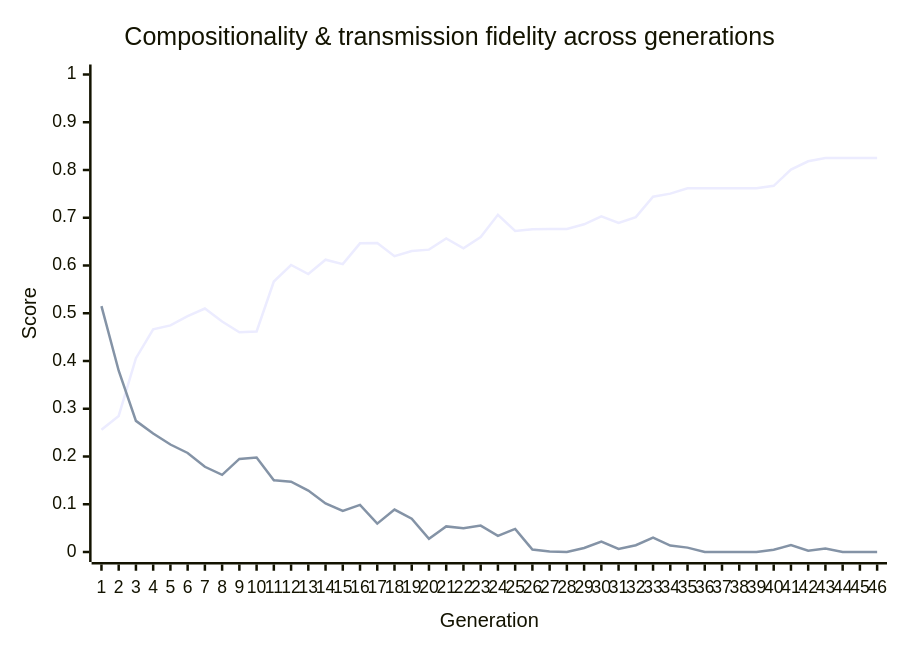
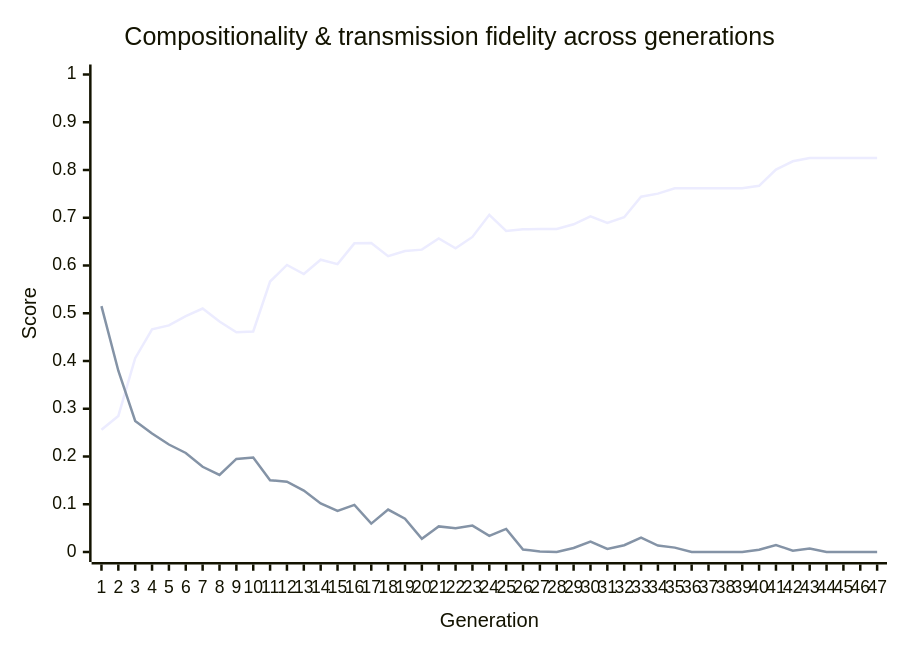
One commit to nichobbs/traditio changed the diagram in metrics/latest-report.md. Above: the diagram before and after it, drawn with Mermaid. The commit also changed other lines of this file and 1 other file, not shown here.

````diff
--- a/metrics/latest-report.md
+++ b/metrics/latest-report.md
@@ -40,8 +40,8 @@
 ```mermaid
 xychart-beta
     title "Compositionality & transmission fidelity across generations"
-    x-axis "Generation" [1, 2, 3, 4, 5, 6, 7, 8, 9, 10, 11, 12, 13, 14, 15, 16, 17, 18, 19, 20, 21, 22, 23, 24, 25, 26, 27, 28, 29, 30, 31, 32, 33, 34, 35, 36, 37, 38, 39, 40, 41, 42, 43, 44, 45, 46]
+    x-axis "Generation" [1, 2, 3, 4, 5, 6, 7, 8, 9, 10, 11, 12, 13, 14, 15, 16, 17, 18, 19, 20, 21, 22, 23, 24, 25, 26, 27, 28, 29, 30, 31, 32, 33, 34, 35, 36, 37, 38, 39, 40, 41, 42, 43, 44, 45, 46, 47]
     y-axis "Score" 0 --> 1
-    line "Compositionality" [0.2559, 0.2849, 0.4060, 0.4663, 0.4745, 0.4941, 0.5099, 0.4826, 0.4603, 0.4619, 0.5665, 0.6011, 0.5822, 0.6121, 0.6029, 0.6464, 0.6473, 0.6195, 0.6304, 0.6332, 0.6566, 0.6361, 0.6598, 0.7061, 0.6725, 0.6757, 0.6767, 0.6767, 0.6863, 0.7028, 0.6890, 0.7012, 0.7442, 0.7505, 0.7619, 0.7619, 0.7619, 0.7619, 0.7619, 0.7669, 0.8009, 0.8183, 0.8250, 0.8250, 0.8250, 0.8250]
-    line "Transmission Fidelity" [0.5148, 0.3796, 0.2746, 0.2481, 0.2251, 0.2074, 0.1785, 0.1615, 0.1949, 0.1977, 0.1504, 0.1472, 0.1286, 0.1016, 0.0861, 0.0987, 0.0594, 0.0888, 0.0697, 0.0276, 0.0536, 0.0500, 0.0553, 0.0339, 0.0483, 0.0051, 0.0012, 0.0000, 0.0083, 0.0219, 0.0066, 0.0142, 0.0301, 0.0134, 0.0092, 0.0000, 0.0000, 0.0000, 0.0000, 0.0047, 0.0146, 0.0028, 0.0071, 0.0000, 0.0000, 0.0000]
+    line "Compositionality" [0.2559, 0.2849, 0.4060, 0.4663, 0.4745, 0.4941, 0.5099, 0.4826, 0.4603, 0.4619, 0.5665, 0.6011, 0.5822, 0.6121, 0.6029, 0.6464, 0.6473, 0.6195, 0.6304, 0.6332, 0.6566, 0.6361, 0.6598, 0.7061, 0.6725, 0.6757, 0.6767, 0.6767, 0.6863, 0.7028, 0.6890, 0.7012, 0.7442, 0.7505, 0.7619, 0.7619, 0.7619, 0.7619, 0.7619, 0.7669, 0.8009, 0.8183, 0.8250, 0.8250, 0.8250, 0.8250, 0.8250]
+    line "Transmission Fidelity" [0.5148, 0.3796, 0.2746, 0.2481, 0.2251, 0.2074, 0.1785, 0.1615, 0.1949, 0.1977, 0.1504, 0.1472, 0.1286, 0.1016, 0.0861, 0.0987, 0.0594, 0.0888, 0.0697, 0.0276, 0.0536, 0.0500, 0.0553, 0.0339, 0.0483, 0.0051, 0.0012, 0.0000, 0.0083, 0.0219, 0.0066, 0.0142, 0.0301, 0.0134, 0.0092, 0.0000, 0.0000, 0.0000, 0.0000, 0.0047, 0.0146, 0.0028, 0.0071, 0.0000, 0.0000, 0.0000, 0.0000]
 ```
````
